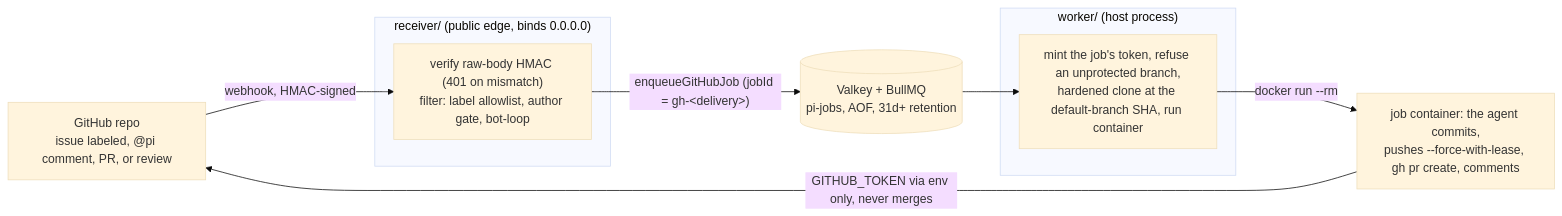
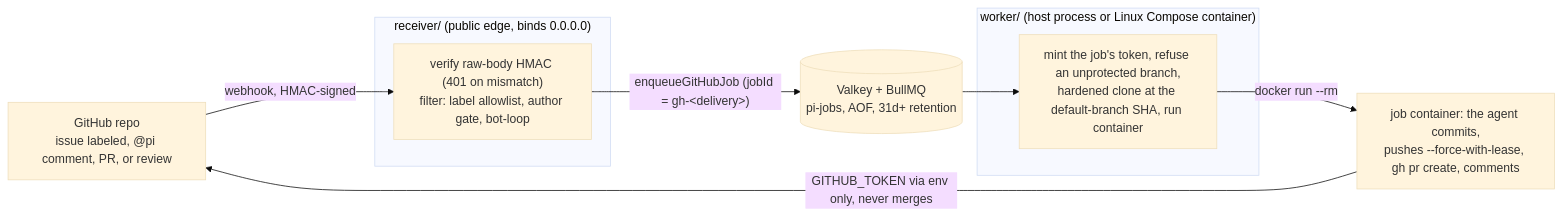
The diagram in docs/github.md (ddv12138/pi-dispatch), drawn with Mermaid (base theme) before and after one commit. The commit also changed other lines of this file and 28 other files, not shown here.

````diff
--- a/docs/github.md
+++ b/docs/github.md
@@ -7,14 +7,14 @@
 ```mermaid
 flowchart LR
   GH["GitHub repo<br/>issue labeled, @pi comment, PR, or review"] -->|"webhook, HMAC-signed"| R
   subgraph EDGE["receiver/ (public edge, binds 0.0.0.0)"]
     R["verify raw-body HMAC (401 on mismatch)<br/>filter: label allowlist, author gate, bot-loop"]
   end
   R -->|"enqueueGitHubJob (jobId = gh-&lt;delivery&gt;)"| Q[("Valkey + BullMQ<br/>pi-jobs, AOF, 31d+ retention")]
-  subgraph HOST["worker/ (host process)"]
+  subgraph HOST["worker/ (host process or Linux Compose container)"]
     W["mint the job's token, refuse an unprotected branch,<br/>hardened clone at the default-branch SHA, run container"]
   end
   Q --> W
   W -->|"docker run --rm"| C["job container: the agent commits,<br/>pushes --force-with-lease, gh pr create, comments"]
   C -->|"GITHUB_TOKEN via env only, never merges"| GH
 ```
````
